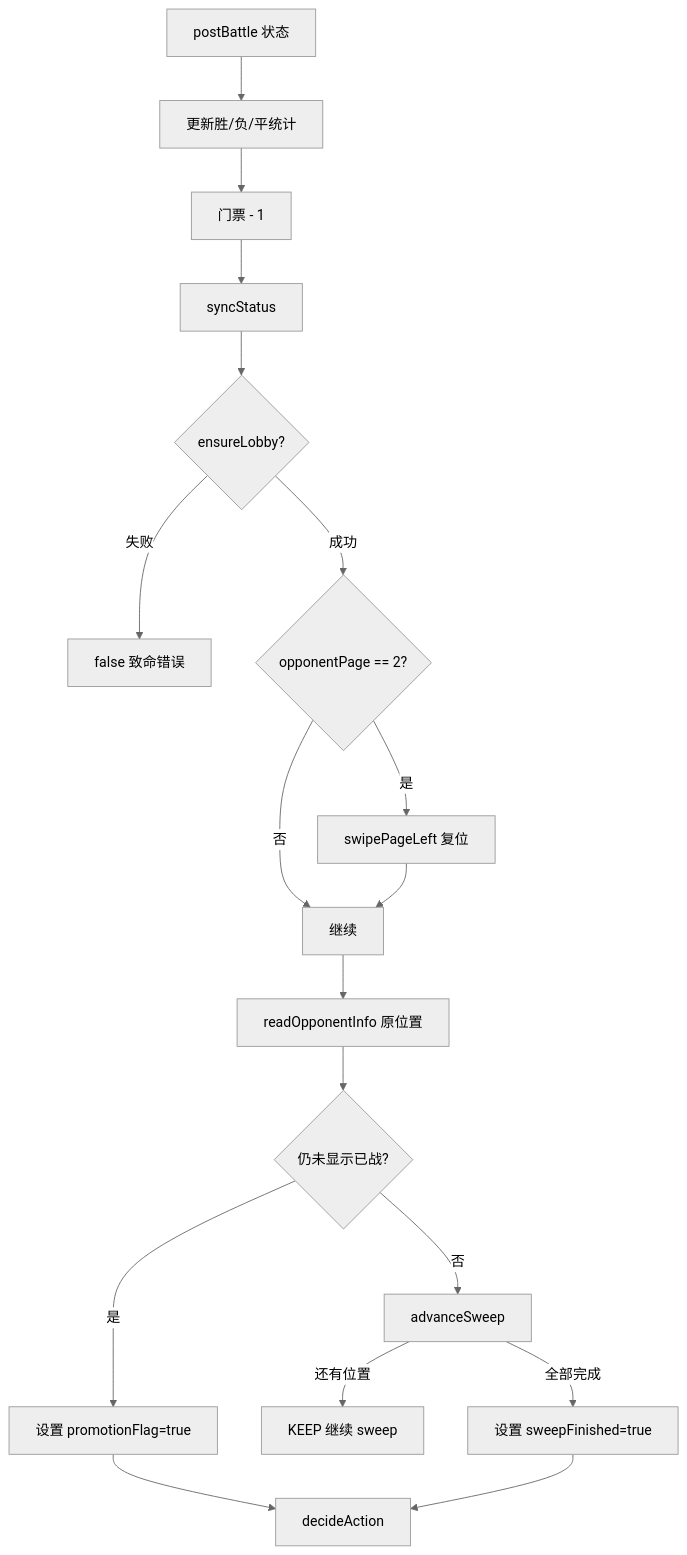
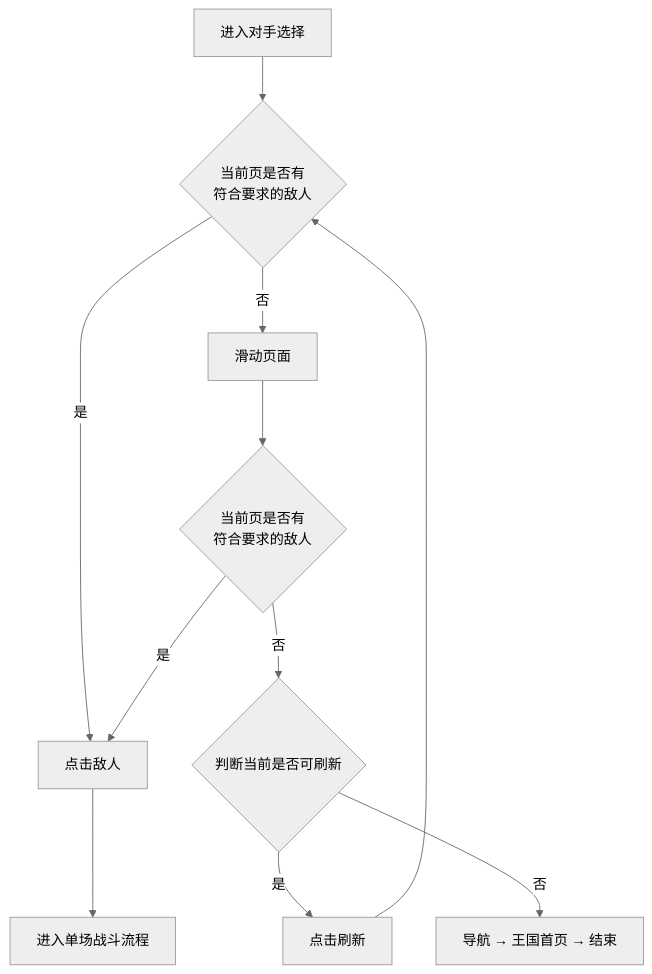
One commit to sunnng/cookie-run-kingdom changed the fourth of 6 diagrams in 项目说明文档/竞技场模块流程图.md. Above: the diagram before and after it, drawn with Mermaid (neutral theme). The commit also changed other lines of this file and 13 other files, not shown here.

````diff
--- a/项目说明文档/竞技场模块流程图.md
+++ b/项目说明文档/竞技场模块流程图.md
@@ -92,18 +102,17 @@
 ```mermaid
 flowchart TD
-    A[postBattle 状态] --> B[更新胜/负/平统计]
-    B --> C[门票 - 1]
-    C --> D[syncStatus]
-    D --> E{ensureLobby?}
-    E -->|失败| Z1[false 致命错误]
-    E -->|成功| F{opponentPage == 2?}
-    F -->|是| G[swipePageLeft 复位]
-    F -->|否| H[继续]
-    G --> H
-    H --> I[readOpponentInfo 原位置]
-    I --> J{仍未显示已战?}
-    J -->|是| K[设置 promotionFlag=true] --> L[decideAction]
-    J -->|否| M[advanceSweep]
-    M -->|还有位置| N[KEEP 继续 sweep]
-    M -->|全部完成| O[设置 sweepFinished=true] --> L
+    ENTRY[进入对手选择] --> E1{当前页是否有<br/>符合要求的敌人}
+
+    E1 -->|是| TAP[点击敌人]
+    E1 -->|否| SWIPE[滑动页面]
+
+    SWIPE --> E2{当前页是否有<br/>符合要求的敌人}
+    E2 -->|是| TAP
+    E2 -->|否| CAN{判断当前是否可刷新}
+
+    CAN -->|是| REFRESH[点击刷新]
+    REFRESH --> E1
+    CAN -->|否| EXIT[导航 → 王国首页 → 结束]
+
+    TAP --> BATTLE[进入单场战斗流程]
 ```
````
